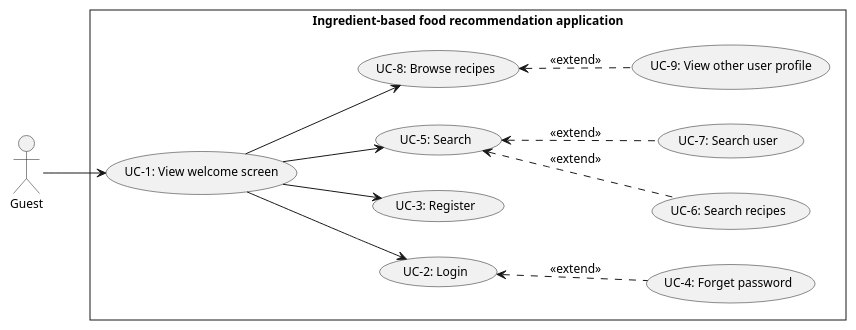
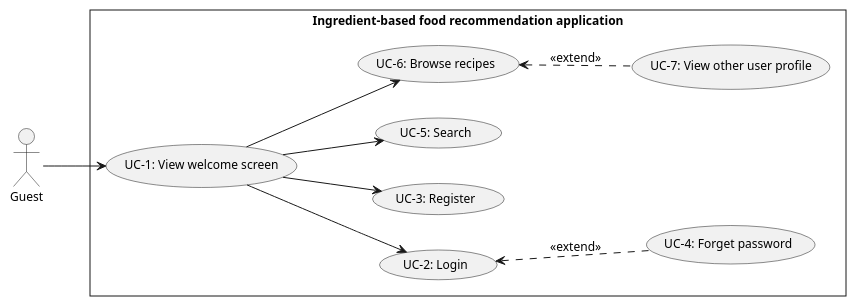
One commit to Carl-Johnsons/tastopia changed the diagram in doc/SRS/Usecase/GuestUsecase.plantuml. Above: the diagram before and after it, drawn with PlantUML. The commit also changed 2 other files, not shown here.

Commit message:
doc: update 3 usecase

```diff
--- a/doc/SRS/Usecase/GuestUsecase.plantuml
+++ b/doc/SRS/Usecase/GuestUsecase.plantuml
@@ -1,30 +1,26 @@
 @startuml GuestUsecase
 skinparam style strictuml
 skinparam monochrome true
 skinparam linetype polyline
 skinparam defaultFontSize 12
 left to right direction
 actor "Guest" as guest
 
 rectangle Ingredient-based<U+0020>food<U+0020>recommendation<U+0020>application {
-usecase "UC-1: View welcome screen" as ucViewWelcome
+    usecase "UC-1: View welcome screen" as ucViewWelcome
     usecase "UC-2: Login" as ucLogin
     usecase "UC-3: Register" as ucRegister
     usecase "UC-4: Forget password" as ucForgetPassword
     usecase "UC-5: Search" as ucSearch
-    usecase "UC-6: Search recipes" as ucSearchRecipes
-    usecase "UC-7: Search user" as ucSearchUser
-    usecase "UC-8: Browse recipes" as ucBrowseRecipes
-    usecase "UC-9: View other user profile" as ucViewUSProfile
+    usecase "UC-6: Browse recipes" as ucBrowseRecipes
+    usecase "UC-7: View other user profile" as ucViewUSProfile
 }
 
 guest --> ucViewWelcome
     ucViewWelcome --> ucLogin
         ucLogin <.. ucForgetPassword : <<extend>>
     ucViewWelcome --> ucRegister
     ucViewWelcome --> ucSearch
-        ucSearch <.. ucSearchRecipes : <<extend>>
-        ucSearch <.. ucSearchUser : <<extend>>
     ucViewWelcome --> ucBrowseRecipes
         ucBrowseRecipes <.. ucViewUSProfile : <<extend>>
 @enduml
```
